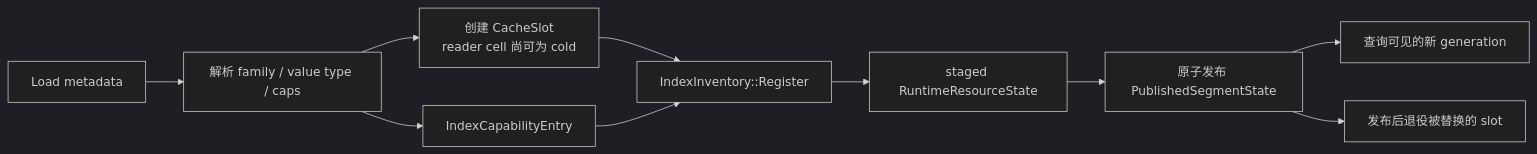
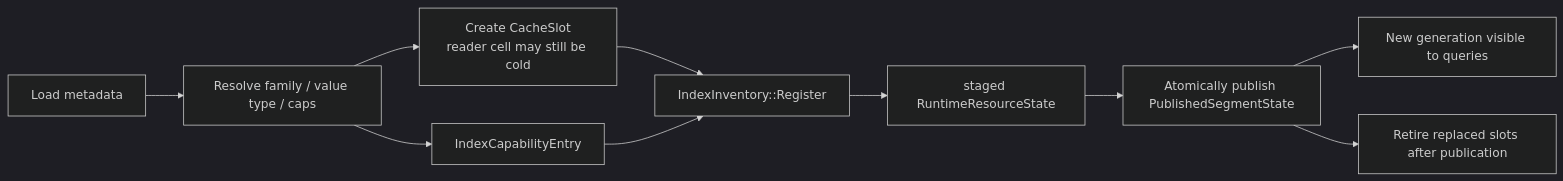
One commit to milvus-io/milvus changed the first of 2 diagrams in internal/core/src/segcore/indexing/README.md. Above: the diagram before and after it, drawn with Mermaid (dark theme). The commit also changed other lines of this file and 5 other files, not shown here.

````diff
--- a/internal/core/src/segcore/indexing/README.md
+++ b/internal/core/src/segcore/indexing/README.md
@@ -41,12 +43,12 @@
 ```mermaid
 flowchart LR
-    load["Load metadata"] --> resolve["解析 family / value type / caps"]
-    resolve --> slot["创建 CacheSlot<br/>reader cell 尚可为 cold"]
+    load["Load metadata"] --> resolve["Resolve family / value type / caps"]
+    resolve --> slot["Create CacheSlot<br/>reader cell may still be cold"]
     resolve --> meta["IndexCapabilityEntry"]
     slot --> register["IndexInventory::Register"]
     meta --> register
     register --> staged["staged RuntimeResourceState"]
-    staged --> publish["原子发布 PublishedSegmentState"]
-    publish --> visible["查询可见的新 generation"]
-    publish --> retire["发布后退役被替换的 slot"]
+    staged --> publish["Atomically publish PublishedSegmentState"]
+    publish --> visible["New generation visible to queries"]
+    publish --> retire["Retire replaced slots after publication"]
 ```
````
